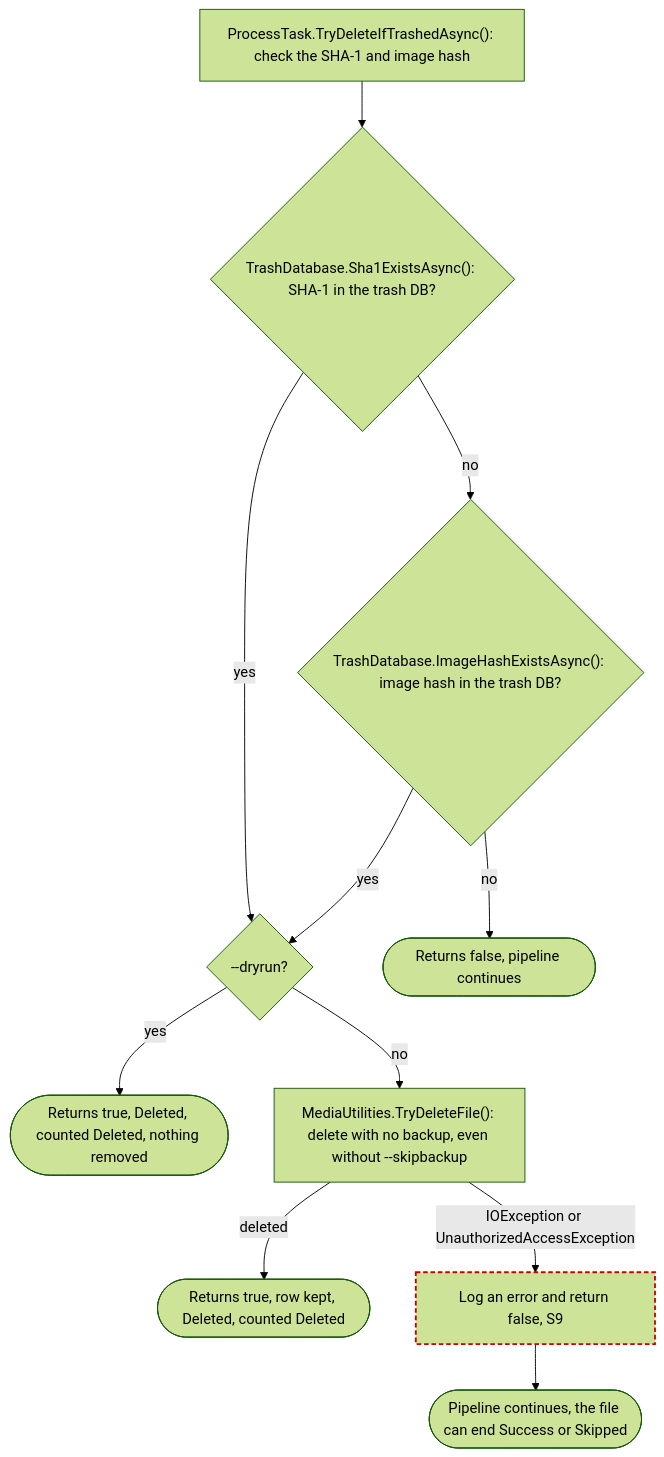
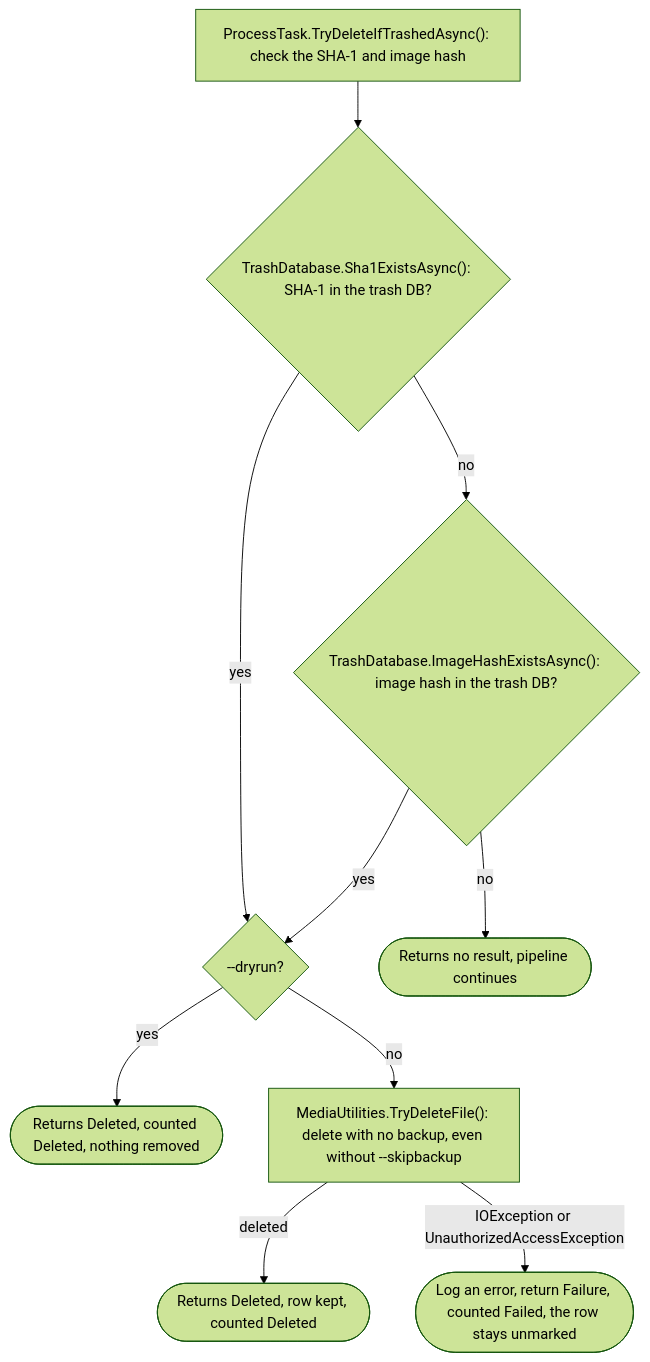
One commit to ptr727/PhotoCleaner changed the fifth of 23 diagrams in ARCHITECTURE.md. Above: the diagram before and after it, drawn with Mermaid (forest theme). The commit also changed other lines of this file and 3 other files, not shown here.

First line of the commit message:
End a Dry Run Case Conflict, Count Dry Run Changes, and Fail an Undeletable Trashed File

````diff
--- a/ARCHITECTURE.md
+++ b/ARCHITECTURE.md
@@ -357,24 +360,23 @@
 ```mermaid
 flowchart TD
   start["ProcessTask.TryDeleteIfTrashedAsync(): check the SHA-1 and image hash"]
   sha{"TrashDatabase.Sha1ExistsAsync(): SHA-1 in the trash DB?"}
   img{"TrashDatabase.ImageHashExistsAsync(): image hash in the trash DB?"}
-  keep(["Returns false, pipeline continues"])
+  keep(["Returns no result, pipeline continues"])
   dry{"--dryrun?"}
-  dryDel(["Returns true, Deleted, counted Deleted, nothing removed"])
+  dryDel(["Returns Deleted, counted Deleted, nothing removed"])
   del["MediaUtilities.TryDeleteFile(): delete with no backup, even without --skipbackup"]
-  delOk(["Returns true, row kept, Deleted, counted Deleted"])
-  delFail["Log an error and return false, S9"]:::suspect
-  cont(["Pipeline continues, the file can end Success or Skipped"])
+  delOk(["Returns Deleted, row kept, counted Deleted"])
+  delFail(["Log an error, return Failure, counted Failed, the row stays unmarked"])
 
   start --> sha
   sha -->|"yes"| dry
   sha -->|"no"| img
   img -->|"yes"| dry
   img -->|"no"| keep
   dry -->|"yes"| dryDel
   dry -->|"no"| del
   del -->|"deleted"| delOk
-  del -->|"IOException or UnauthorizedAccessException"| delFail --> cont
+  del -->|"IOException or UnauthorizedAccessException"| delFail
   classDef suspect stroke:#c00,stroke-width:2px,stroke-dasharray:5 3
 ```
````
